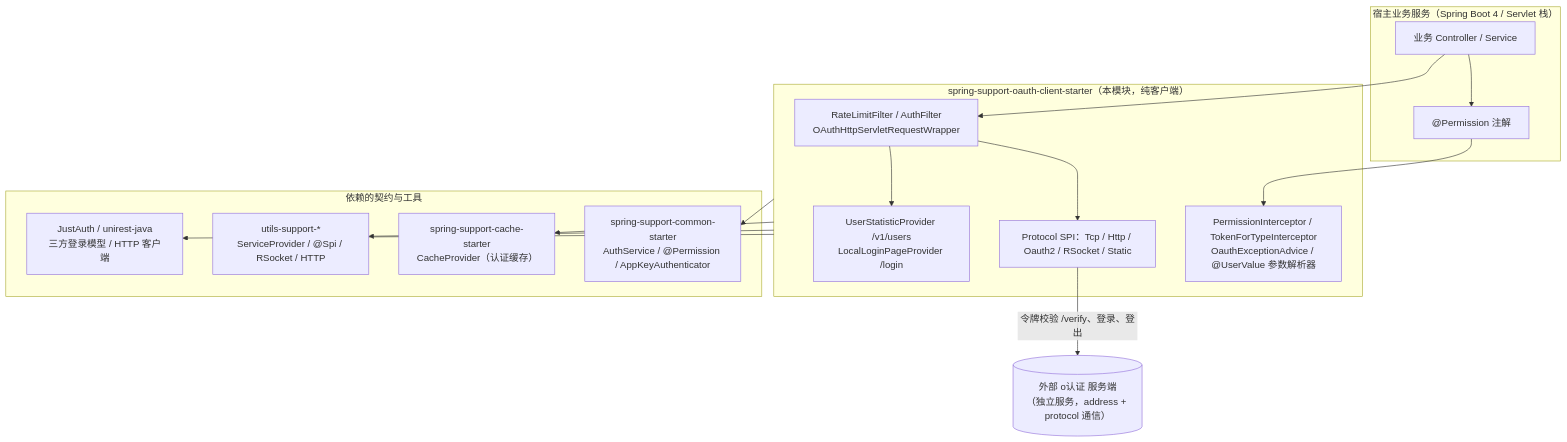
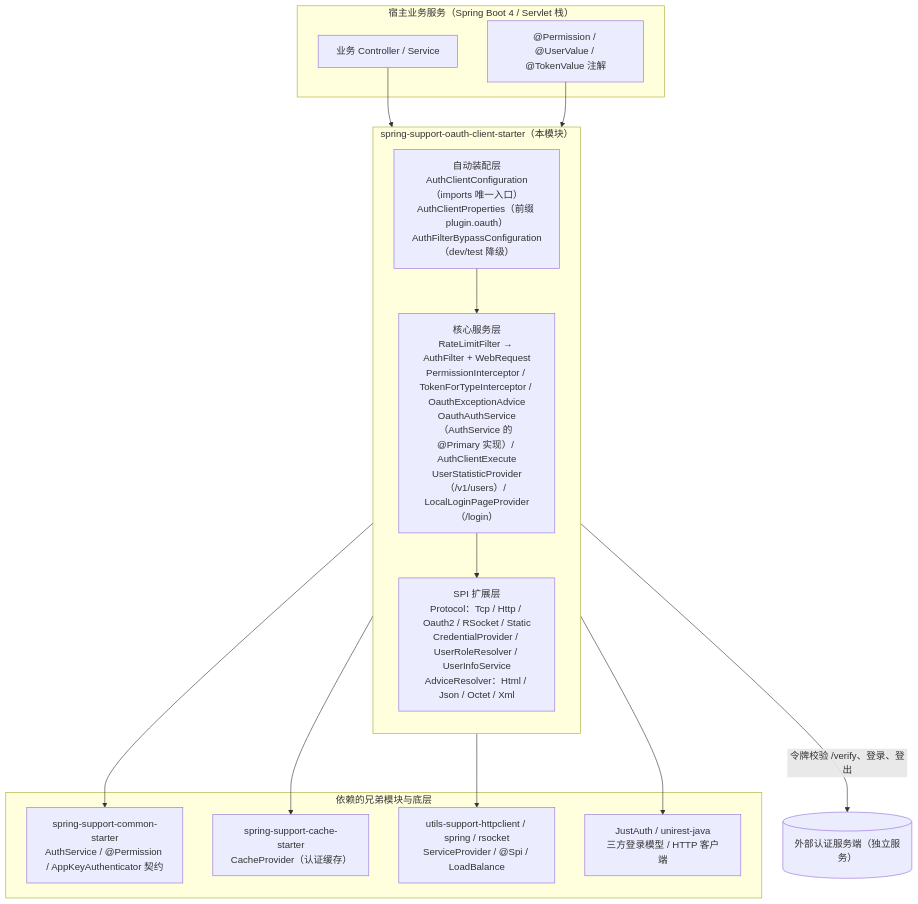
The first of 2 diagrams in spring-support-oauth-client-starter/README.md (CHTK001/spring-support-parent-starter), drawn with Mermaid before and after one commit. The commit also changed other lines of this file and 54 other files, not shown here.

````diff
--- a/spring-support-oauth-client-starter/README.md
+++ b/spring-support-oauth-client-starter/README.md
@@ -19,34 +11,32 @@
 ```mermaid
 flowchart TB
     subgraph HOST["宿主业务服务（Spring Boot 4 / Servlet 栈）"]
         BIZ["业务 Controller / Service"]
-        PERM["@Permission 注解"]
-    end
-    BIZ --> PERM
-
-    subgraph MOD["spring-support-oauth-client-starter（本模块，纯客户端）"]
-        FILTERS["RateLimitFilter / AuthFilter<br/>OAuthHttpServletRequestWrapper"]
-        MVC["PermissionInterceptor / TokenForTypeInterceptor<br/>OauthExceptionAdvice / @UserValue 参数解析器"]
-        PROTO["Protocol SPI：Tcp / Http / Oauth2 / RSocket / Static"]
-        LOGIN["UserStatisticProvider /v1/users<br/>LocalLoginPageProvider /login"]
+        PRM["@Permission / @UserValue / @TokenValue 注解"]
     end
 
-    subgraph DEP["依赖的契约与工具"]
-        COMMON["spring-support-common-starter<br/>AuthService / @Permission / AppKeyAuthenticator"]
-        CACHES["spring-support-cache-starter<br/>CacheProvider（认证缓存）"]
-        UTILS["utils-support-*<br/>ServiceProvider / @Spi / RSocket / HTTP"]
+    subgraph MOD["spring-support-oauth-client-starter（本模块）"]
+        direction TB
+        AUTO["自动装配层<br/>AuthClientConfiguration（imports 唯一入口）<br/>AuthClientProperties（前缀 plugin.oauth）<br/>AuthFilterBypassConfiguration（dev/test 降级）"]
+        CORE["核心服务层<br/>RateLimitFilter → AuthFilter + WebRequest<br/>PermissionInterceptor / TokenForTypeInterceptor / OauthExceptionAdvice<br/>OauthAuthService（AuthService 的 @Primary 实现）/ AuthClientExecute<br/>UserStatisticProvider（/v1/users）/ LocalLoginPageProvider（/login）"]
+        SPI["SPI 扩展层<br/>Protocol：Tcp / Http / Oauth2 / RSocket / Static<br/>CredentialProvider / UserRoleResolver / UserInfoService<br/>AdviceResolver：Html / Json / Octet / Xml"]
+        AUTO --> CORE --> SPI
+    end
+
+    subgraph DEP["依赖的兄弟模块与底层"]
+        COM["spring-support-common-starter<br/>AuthService / @Permission / AppKeyAuthenticator 契约"]
+        CAC["spring-support-cache-starter<br/>CacheProvider（认证缓存）"]
+        UTI["utils-support-httpclient / spring / rsocket<br/>ServiceProvider / @Spi / LoadBalance"]
         THIRD["JustAuth / unirest-java<br/>三方登录模型 / HTTP 客户端"]
     end
 
-    SRV[("外部 o认证 服务端<br/>（独立服务，address + protocol 通信）")]
+    SRV[("外部认证服务端（独立服务）")]
 
-    PERM --> MVC
-    BIZ --> FILTERS
-    FILTERS --> PROTO
-    FILTERS --> LOGIN
-    MOD --> COMMON
-    MOD --> CACHES
-    MOD --> UTILS
+    BIZ --> CORE
+    PRM --> CORE
+    MOD --> COM
+    MOD --> CAC
+    MOD --> UTI
     MOD --> THIRD
-    PROTO -->|"令牌校验 /verify、登录、登出"| SRV
+    SPI -->|"令牌校验 /verify、登录、登出"| SRV
 ```
````
